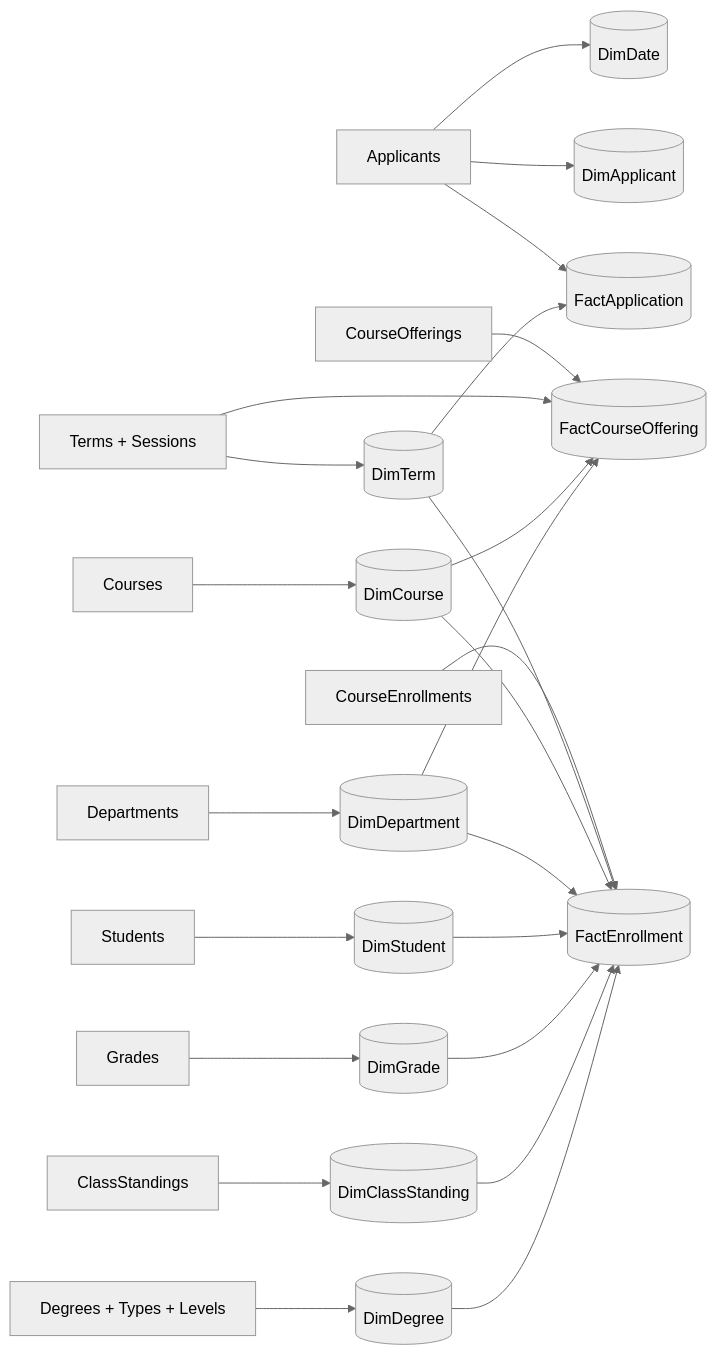
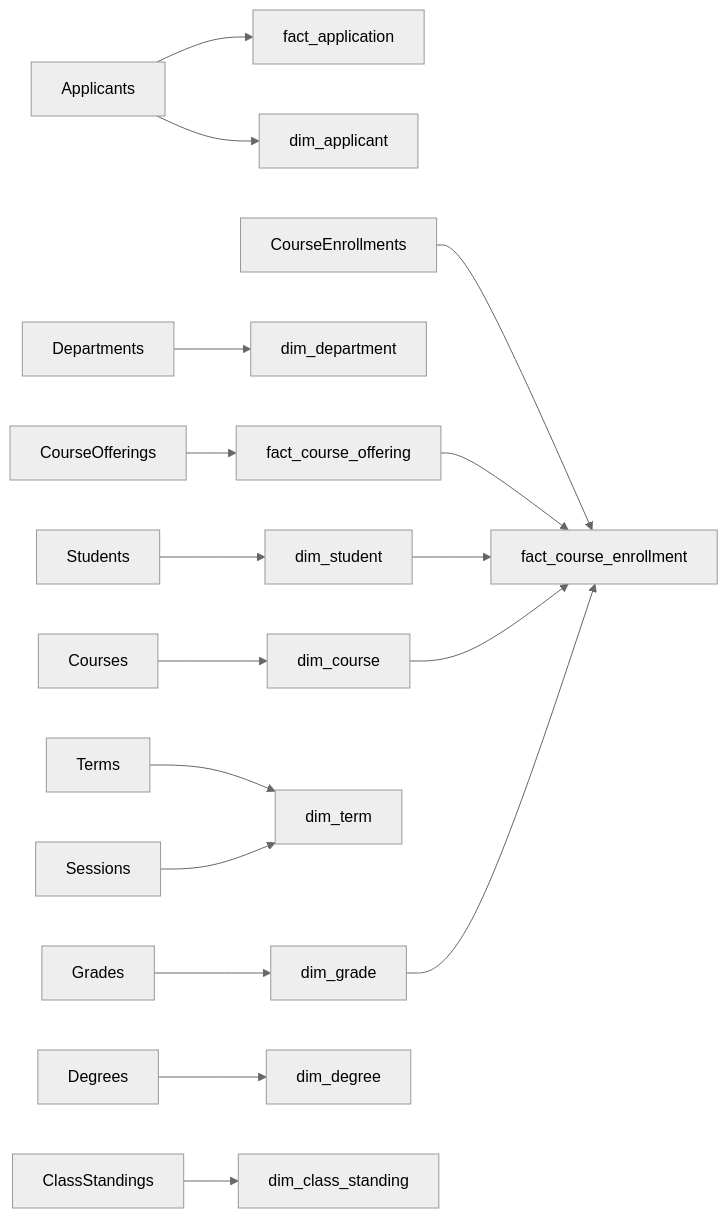
The second of 3 diagrams in docs/02-architecture/diagrams/batch-pipeline.md (pzolfaghari72/students-data-engineering-platform), drawn with Mermaid (neutral theme) before and after one commit. The commit also changed other lines of this file and 41 other files, not shown here.

````diff
--- a/docs/02-architecture/diagrams/batch-pipeline.md
+++ b/docs/02-architecture/diagrams/batch-pipeline.md
@@ -33,26 +32,19 @@
 ```mermaid
 flowchart LR
-    A["Applicants"] --> FA[("FactApplication")]
-    A --> DA[("DimApplicant")]
-    T["Terms + Sessions"] --> DT[("DimTerm")]
-    A --> DD[("DimDate")]
-    CO["CourseOfferings"] --> FO[("FactCourseOffering")]
-    C["Courses"] --> DC[("DimCourse")]
-    DEP["Departments"] --> DDEP[("DimDepartment")]
-    CE["CourseEnrollments"] --> FE[("FactEnrollment")]
-    S["Students"] --> DS[("DimStudent")]
-    G["Grades"] --> DG[("DimGrade")]
-    CS["ClassStandings"] --> DCS[("DimClassStanding")]
-    DEG["Degrees + Types + Levels"] --> DDEG[("DimDegree")]
-    T --> FO
-    DC --> FO
-    DDEP --> FO
-    DT --> FA
-    DT --> FE
+    Applicants --> FA["fact_application"]
+    Applicants --> DA["dim_applicant"]
+    Courses --> DC["dim_course"]
+    Departments --> DD["dim_department"]
+    CourseOfferings --> FO["fact_course_offering"]
+    Students --> DS["dim_student"]
+    CourseEnrollments --> FE["fact_course_enrollment"]
+    Terms --> DT["dim_term"]
+    Grades --> DG["dim_grade"]
+    Degrees --> DDEG["dim_degree"]
+    ClassStandings --> DCS["dim_class_standing"]
+    Sessions --> DT
+    FO --> FE
+    DS --> FE
     DC --> FE
-    DDEP --> FE
-    DS --> FE
     DG --> FE
-    DCS --> FE
-    DDEG --> FE
 ```
````
